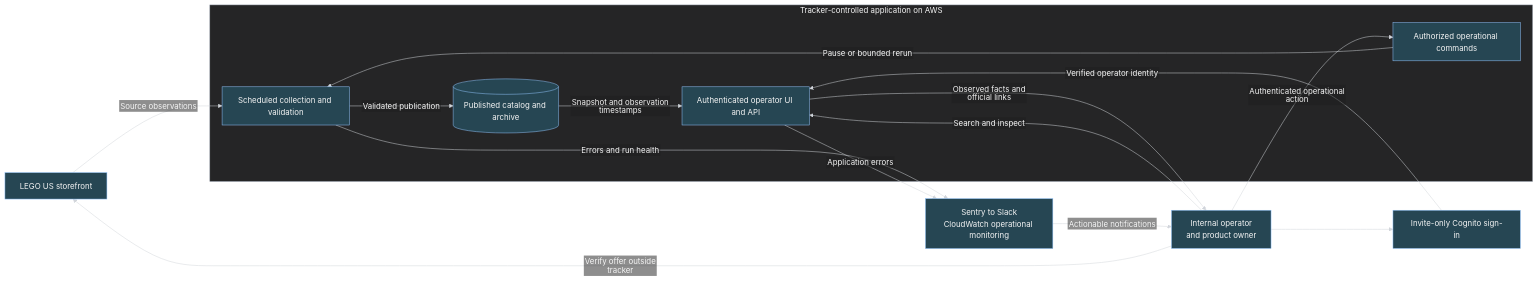
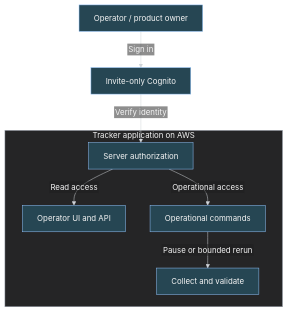
The third of 7 diagrams in plan.md (moro-no-kimi/devhawks), drawn with Mermaid before and after one commit. The commit also changed other lines of this file, not shown here.

Commit message:
docs: improve CONOPS diagram readability

````diff
--- a/plan.md
+++ b/plan.md
@@ -120,27 +161,11 @@
 ```mermaid
 %%{init: {"theme":"base","themeVariables":{"darkMode":true,"background":"#1e1e1e","primaryColor":"#264653","primaryTextColor":"#f5f5f5","primaryBorderColor":"#93c5fd","secondaryColor":"#303030","secondaryTextColor":"#f5f5f5","secondaryBorderColor":"#93c5fd","tertiaryColor":"#303030","tertiaryTextColor":"#f5f5f5","tertiaryBorderColor":"#93c5fd","lineColor":"#d1d5db","textColor":"#f5f5f5","edgeLabelBackground":"#1e1e1e","clusterBkg":"#252526","clusterBorder":"#9ca3af","fontFamily":"Segoe UI, Arial, sans-serif","fontSize":"16px"},"flowchart":{"htmlLabels":false}}}%%
-flowchart LR
-    LEGO["LEGO US storefront"]
-    Operator["Internal operator<br/>and product owner"]
-    Cognito["Invite-only Cognito sign-in"]
-    Alerts["Sentry to Slack<br/>CloudWatch operational monitoring"]
-    subgraph Tracker["Tracker-controlled application on AWS"]
-        Collect["Scheduled collection and validation"]
-        Store[("Published catalog and archive")]
-        Web["Authenticated operator UI and API"]
-        Admin["Authorized operational commands"]
-        Collect -->|"Validated publication"| Store
-        Store -->|"Snapshot and observation timestamps"| Web
-        Admin -->|"Pause or bounded rerun"| Collect
+flowchart TD
+    Operator["Operator / product owner"] -->|"Sign in"| Cognito["Invite-only Cognito"]
+    Cognito -->|"Verify identity"| Auth["Server authorization"]
+    subgraph Tracker["Tracker application on AWS"]
+        Auth -->|"Read access"| Web["Operator UI and API"]
+        Auth -->|"Operational access"| Admin["Operational commands"]
+        Admin -->|"Pause or bounded rerun"| Collect["Collect and validate"]
     end
-    LEGO -->|"Source observations"| Collect
-    Operator --> Cognito
-    Cognito -->|"Verified operator identity"| Web
-    Operator -->|"Search and inspect"| Web
-    Operator -->|"Authenticated operational action"| Admin
-    Web -->|"Observed facts and official links"| Operator
-    Operator -->|"Verify offer outside tracker"| LEGO
-    Collect -->|"Errors and run health"| Alerts
-    Web -->|"Application errors"| Alerts
-    Alerts -->|"Actionable notifications"| Operator
 ```
````
